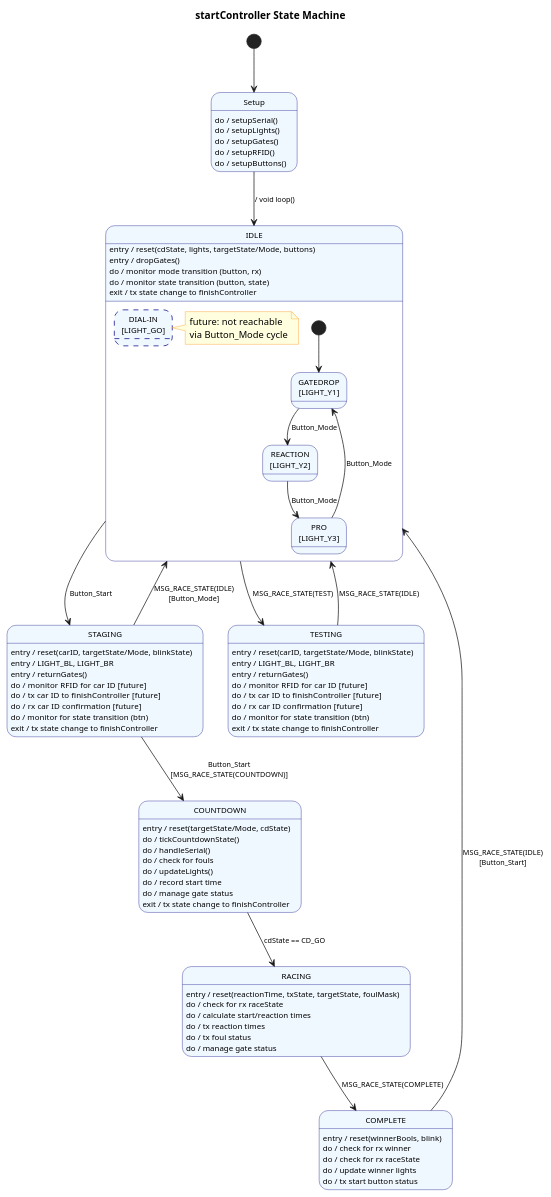
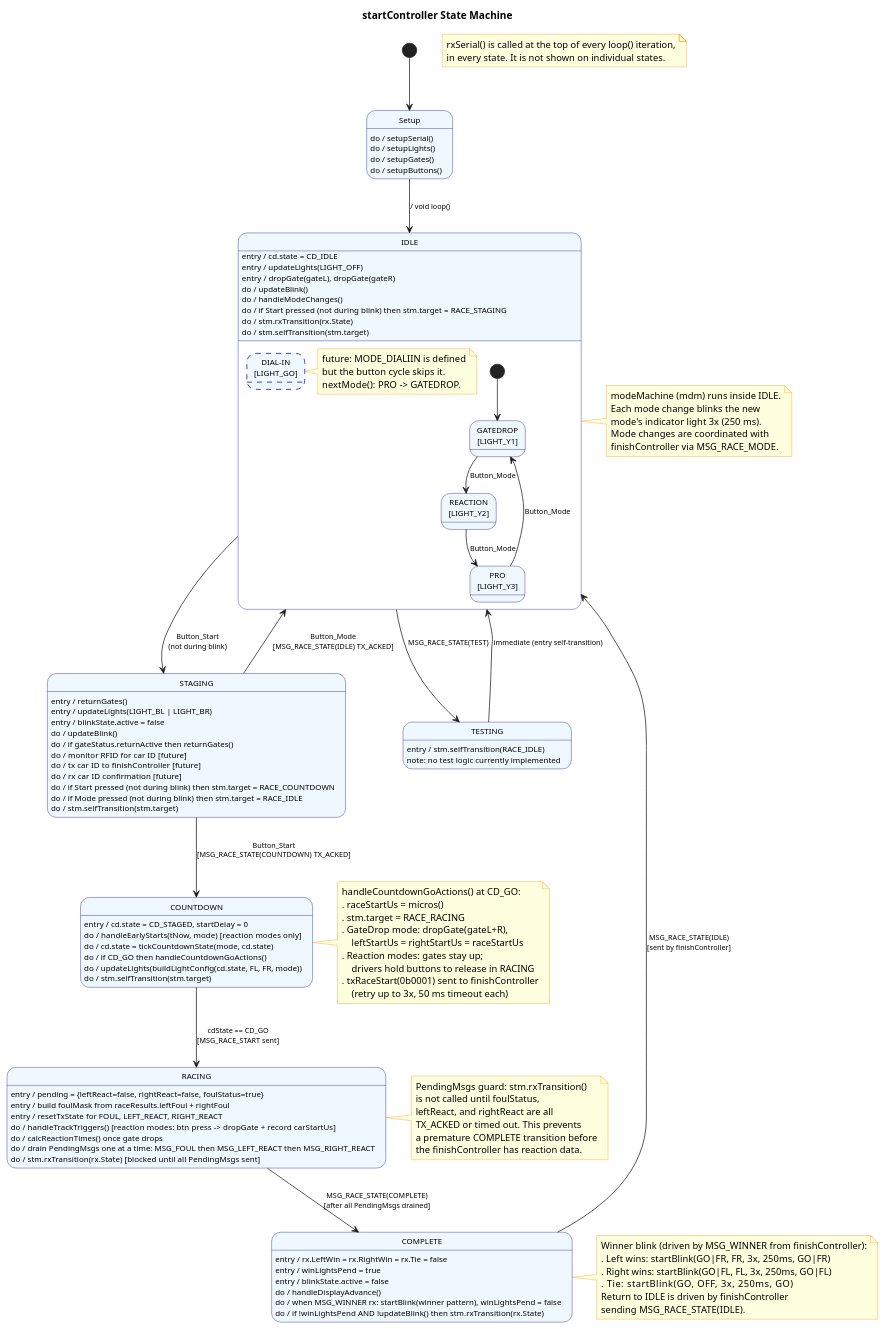
The diagram in docs/PlantUML/stm_startController.puml (dgschaaf/DerbyTimer), drawn with PlantUML before and after one commit. The commit also changed 11 other files, not shown here.

Commit message:
Updated plantUML diagrams and added drawio for architecture description that is text-based and claude-editable.

```diff
--- a/docs/PlantUML/stm_startController.puml
+++ b/docs/PlantUML/stm_startController.puml
@@ -1,133 +1,179 @@
 @startuml startController_STM
 skinparam state {
   BackgroundColor AliceBlue
   BorderColor Navy
   FontSize 11
   ArrowFontSize 10
 }
 skinparam noteBackgroundColor LightYellow
 skinparam noteBorderColor DarkOrange
 
 title startController State Machine
 
+note as N_RX
+  rxSerial() is called at the top of every loop() iteration,
+  in every state. It is not shown on individual states.
+end note
+
 [*] --> Setup
 
 ' ============================================================
 ' SETUP
 ' ============================================================
 state "Setup" as Setup {
   Setup : do / setupSerial()
   Setup : do / setupLights()
   Setup : do / setupGates()
-  Setup : do / setupRFID()
   Setup : do / setupButtons()
 }
 
 Setup --> IDLE : / void loop()
 
 ' ============================================================
-' IDLE  (composite — raceMode sub-states)
+' IDLE  (composite: raceMode sub-states managed by modeMachine)
 ' ============================================================
 state "IDLE" as IDLE {
-  IDLE : entry / reset(cdState, lights, targetState/Mode, buttons)
-  IDLE : entry / dropGates()
-  IDLE : do / monitor mode transition (button, rx)
-  IDLE : do / monitor state transition (button, state)
-  IDLE : exit / tx state change to finishController
+  IDLE : entry / cd.state = CD_IDLE
+  IDLE : entry / updateLights(LIGHT_OFF)
+  IDLE : entry / dropGate(gateL), dropGate(gateR)
+  IDLE : do / updateBlink()
+  IDLE : do / handleModeChanges()
+  IDLE : do / if Start pressed (not during blink) then stm.target = RACE_STAGING
+  IDLE : do / stm.rxTransition(rx.State)
+  IDLE : do / stm.selfTransition(stm.target)
 
   state "GATEDROP\n[LIGHT_Y1]" as M_GD
   state "REACTION\n[LIGHT_Y2]"  as M_RE
   state "PRO\n[LIGHT_Y3]"       as M_PR
   state "DIAL-IN\n[LIGHT_GO]"   as M_DI #line.dashed
 
-  note right of M_DI : future: not reachable\nvia Button_Mode cycle
+  note right of M_DI
+    future: MODE_DIALIIN is defined
+    but the button cycle skips it.
+    nextMode(): PRO -> GATEDROP.
+  end note
 
   [*]   --> M_GD
   M_GD --> M_RE : Button_Mode
   M_RE --> M_PR : Button_Mode
   M_PR --> M_GD : Button_Mode
 }
 
+note right of IDLE
+  modeMachine (mdm) runs inside IDLE.
+  Each mode change blinks the new
+  mode's indicator light 3x (250 ms).
+  Mode changes are coordinated with
+  finishController via MSG_RACE_MODE.
+end note
+
 ' ============================================================
 ' STAGING
 ' ============================================================
 state "STAGING" as STAGING {
-  STAGING : entry / reset(carID, targetState/Mode, blinkState)
-  STAGING : entry / LIGHT_BL, LIGHT_BR
   STAGING : entry / returnGates()
+  STAGING : entry / updateLights(LIGHT_BL | LIGHT_BR)
+  STAGING : entry / blinkState.active = false
+  STAGING : do / updateBlink()
+  STAGING : do / if gateStatus.returnActive then returnGates()
   STAGING : do / monitor RFID for car ID  [future]
   STAGING : do / tx car ID to finishController  [future]
   STAGING : do / rx car ID confirmation  [future]
-  STAGING : do / monitor for state transition (btn)
-  STAGING : exit / tx state change to finishController
+  STAGING : do / if Start pressed (not during blink) then stm.target = RACE_COUNTDOWN
+  STAGING : do / if Mode pressed (not during blink) then stm.target = RACE_IDLE
+  STAGING : do / stm.selfTransition(stm.target)
 }
 
 ' ============================================================
 ' COUNTDOWN
 ' ============================================================
 state "COUNTDOWN" as COUNTDOWN {
-  COUNTDOWN : entry / reset(targetState/Mode, cdState)
-  COUNTDOWN : do / tickCountdownState()
-  COUNTDOWN : do / handleSerial()
-  COUNTDOWN : do / check for fouls
-  COUNTDOWN : do / updateLights()
-  COUNTDOWN : do / record start time
-  COUNTDOWN : do / manage gate status
-  COUNTDOWN : exit / tx state change to finishController
+  COUNTDOWN : entry / cd.state = CD_STAGED, startDelay = 0
+  COUNTDOWN : do / handleEarlyStarts(tNow, mode)  [reaction modes only]
+  COUNTDOWN : do / cd.state = tickCountdownState(mode, cd.state)
+  COUNTDOWN : do / if CD_GO then handleCountdownGoActions()
+  COUNTDOWN : do / updateLights(buildLightConfig(cd.state, FL, FR, mode))
+  COUNTDOWN : do / stm.selfTransition(stm.target)
 }
+
+note right of COUNTDOWN
+  handleCountdownGoActions() at CD_GO:
+  . raceStartUs = micros()
+  . stm.target = RACE_RACING
+  . GateDrop mode: dropGate(gateL+R),
+      leftStartUs = rightStartUs = raceStartUs
+  . Reaction modes: gates stay up;
+      drivers hold buttons to release in RACING
+  . txRaceStart(0b0001) sent to finishController
+      (retry up to 3x, 50 ms timeout each)
+end note
 
 ' ============================================================
 ' RACING
 ' ============================================================
 state "RACING" as RACING {
-  RACING : entry / reset(reactionTime, txState, targetState, foulMask)
-  RACING : do / check for rx raceState
-  RACING : do / calculate start/reaction times
-  RACING : do / tx reaction times
-  RACING : do / tx foul status
-  RACING : do / manage gate status
+  RACING : entry / pending = {leftReact=false, rightReact=false, foulStatus=true}
+  RACING : entry / build foulMask from raceResults.leftFoul + rightFoul
+  RACING : entry / resetTxState for FOUL, LEFT_REACT, RIGHT_REACT
+  RACING : do / handleTrackTriggers()  [reaction modes: btn press -> dropGate + record carStartUs]
+  RACING : do / calcReactionTimes() once gate drops
+  RACING : do / drain PendingMsgs one at a time: MSG_FOUL then MSG_LEFT_REACT then MSG_RIGHT_REACT
+  RACING : do / stm.rxTransition(rx.State)  [blocked until all PendingMsgs sent]
 }
+
+note right of RACING
+  PendingMsgs guard: stm.rxTransition()
+  is not called until foulStatus,
+  leftReact, and rightReact are all
+  TX_ACKED or timed out. This prevents
+  a premature COMPLETE transition before
+  the finishController has reaction data.
+end note
 
 ' ============================================================
 ' COMPLETE
 ' ============================================================
 state "COMPLETE" as COMPLETE {
-  COMPLETE : entry / reset(winnerBools, blink)
-  COMPLETE : do / check for rx winner
-  COMPLETE : do / check for rx raceState
-  COMPLETE : do / update winner lights
-  COMPLETE : do / tx start button status
+  COMPLETE : entry / rx.LeftWin = rx.RightWin = rx.Tie = false
+  COMPLETE : entry / winLightsPend = true
+  COMPLETE : entry / blinkState.active = false
+  COMPLETE : do / handleDisplayAdvance()
+  COMPLETE : do / when MSG_WINNER rx: startBlink(winner pattern), winLightsPend = false
+  COMPLETE : do / if !winLightsPend AND !updateBlink() then stm.rxTransition(rx.State)
 }
 
+note right of COMPLETE
+  Winner blink (driven by MSG_WINNER from finishController):
+  . Left wins:  startBlink(GO|FR, FR, 3x, 250ms, GO|FR)
+  . Right wins: startBlink(GO|FL, FL, 3x, 250ms, GO|FL)
+  . Tie:        startBlink(GO, OFF, 3x, 250ms, GO)
+  Return to IDLE is driven by finishController
+  sending MSG_RACE_STATE(IDLE).
+end note
+
 ' ============================================================
-' TESTING
+' TESTING  (stub: immediately self-transitions to IDLE)
 ' ============================================================
 state "TESTING" as TESTING {
-  TESTING : entry / reset(carID, targetState/Mode, blinkState)
-  TESTING : entry / LIGHT_BL, LIGHT_BR
-  TESTING : entry / returnGates()
-  TESTING : do / monitor RFID for car ID  [future]
-  TESTING : do / tx car ID to finishController  [future]
-  TESTING : do / rx car ID confirmation  [future]
-  TESTING : do / monitor for state transition (btn)
-  TESTING : exit / tx state change to finishController
+  TESTING : entry / stm.selfTransition(RACE_IDLE)
+  TESTING : note: no test logic currently implemented
 }
 
 ' ============================================================
 ' TRANSITIONS
 ' ============================================================
-IDLE      --> STAGING   : Button_Start
+IDLE      --> STAGING   : Button_Start\n(not during blink)
 IDLE      --> TESTING   : MSG_RACE_STATE(TEST)
 
-STAGING   --> COUNTDOWN : Button_Start\n[MSG_RACE_STATE(COUNTDOWN)]
-STAGING   --> IDLE      : MSG_RACE_STATE(IDLE)\n[Button_Mode]
+STAGING   --> COUNTDOWN : Button_Start\n[MSG_RACE_STATE(COUNTDOWN) TX_ACKED]
+STAGING   --> IDLE      : Button_Mode\n[MSG_RACE_STATE(IDLE) TX_ACKED]
 
-COUNTDOWN --> RACING    : cdState == CD_GO
+COUNTDOWN --> RACING    : cdState == CD_GO\n[MSG_RACE_START sent]
 
-RACING    --> COMPLETE  : MSG_RACE_STATE(COMPLETE)
+RACING    --> COMPLETE  : MSG_RACE_STATE(COMPLETE)\n[after all PendingMsgs drained]
 
-COMPLETE  --> IDLE      : MSG_RACE_STATE(IDLE)\n[Button_Start]
+COMPLETE  --> IDLE      : MSG_RACE_STATE(IDLE)\n[sent by finishController]
 
-TESTING   --> IDLE      : MSG_RACE_STATE(IDLE)
+TESTING   --> IDLE      : immediate (entry self-transition)
 
 @enduml
```
